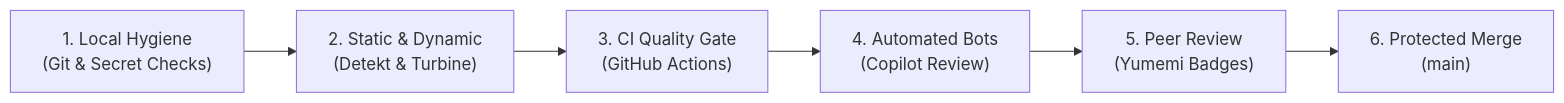
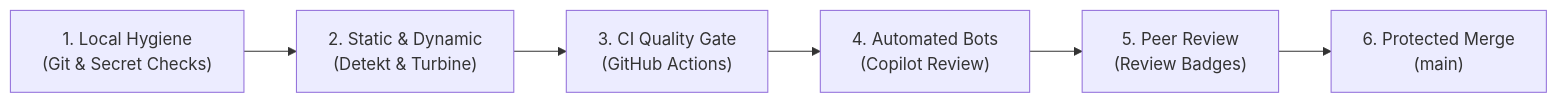
Before and after one commit to dinkar1708/dinakar-android-engineer-codecheck: the first of 2 diagrams in docs/01_company_and_team/06_engineering_guardrails.md, drawn with Mermaid. The commit also changed other lines of this file and 33 other files, not shown here.

````diff
--- a/docs/01_company_and_team/06_engineering_guardrails.md
+++ b/docs/01_company_and_team/06_engineering_guardrails.md
@@ -9,8 +9,8 @@
 ```mermaid
 flowchart LR
     L1["1. Local Hygiene<br/>(Git & Secret Checks)"] --> L2["2. Static & Dynamic<br/>(Detekt & Turbine)"]
     L2 --> L3["3. CI Quality Gate<br/>(GitHub Actions)"]
     L3 --> L4["4. Automated Bots<br/>(Copilot Review)"]
-    L4 --> L5["5. Peer Review<br/>(Yumemi Badges)"]
+    L4 --> L5["5. Peer Review<br/>(Review Badges)"]
     L5 --> L6["6. Protected Merge<br/>(main)"]
 ```
````
